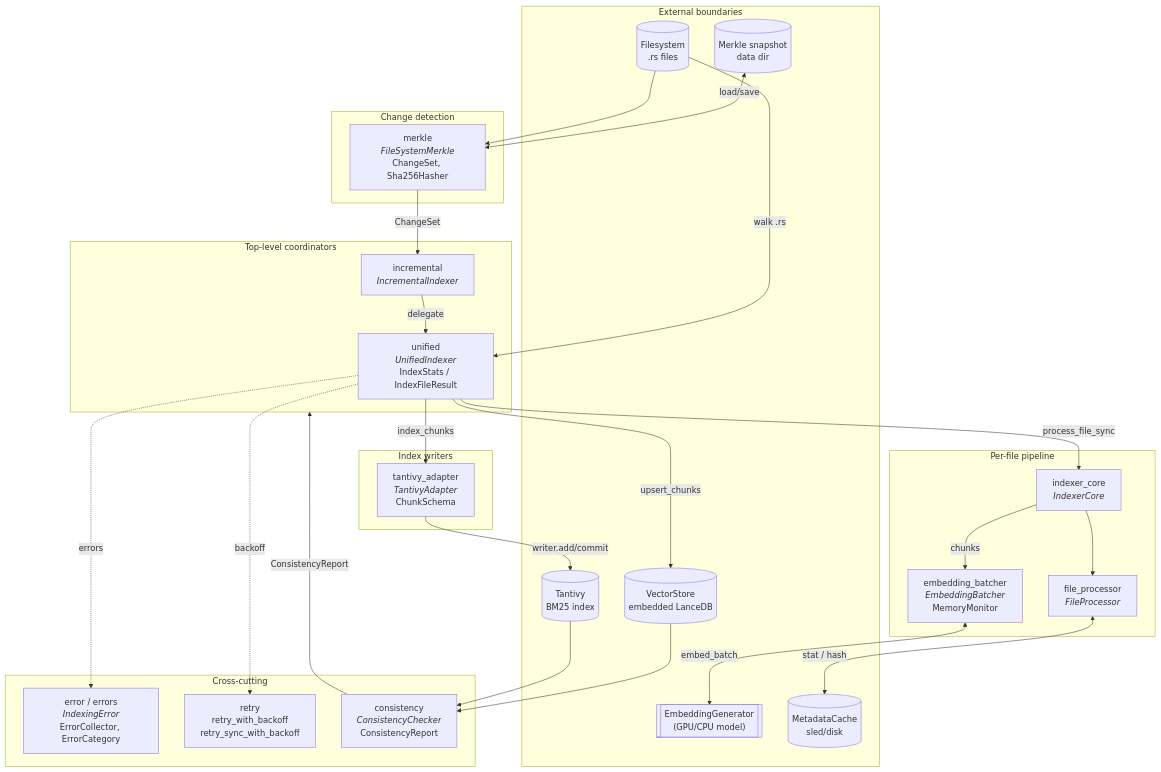
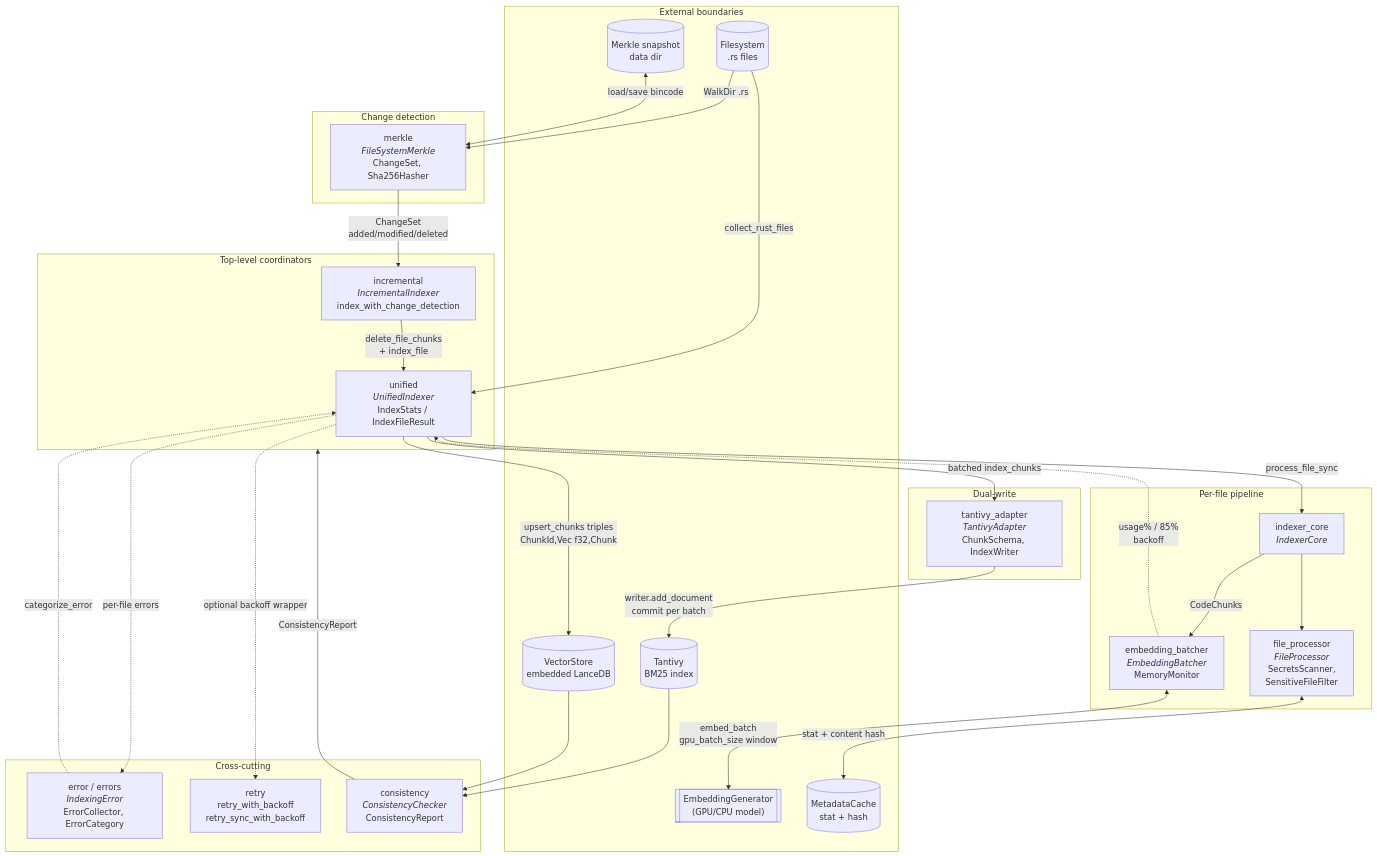
One commit to molaco/rust-code-mcp changed the diagram in .docs/architecture/indexing.md. Above: the diagram before and after it, drawn with Mermaid. The commit also changed other lines of this file and 18 other files, not shown here.

````diff
--- a/.docs/architecture/indexing.md
+++ b/.docs/architecture/indexing.md
@@ -9,58 +9,60 @@
 ```mermaid
 graph TD
     subgraph EXT["External boundaries"]
         FS[("Filesystem<br/>.rs files")]
         TANTIVY[("Tantivy<br/>BM25 index")]
         LANCEDB[("VectorStore<br/>embedded LanceDB")]
         SNAPSHOT[("Merkle snapshot<br/>data dir")]
         EMBEDDER[["EmbeddingGenerator<br/>(GPU/CPU model)"]]
-        CACHE[("MetadataCache<br/>sled/disk")]
+        CACHE[("MetadataCache<br/>stat + hash")]
     end
 
     subgraph TOP["Top-level coordinators"]
-        INC["incremental<br/><i>IncrementalIndexer</i>"]
+        INC["incremental<br/><i>IncrementalIndexer</i><br/>index_with_change_detection"]
         UNI["unified<br/><i>UnifiedIndexer</i><br/>IndexStats / IndexFileResult"]
-    end
-
-    subgraph CORE["Per-file pipeline"]
-        IC["indexer_core<br/><i>IndexerCore</i>"]
-        FP["file_processor<br/><i>FileProcessor</i>"]
-        EB["embedding_batcher<br/><i>EmbeddingBatcher</i><br/>MemoryMonitor"]
     end
 
     subgraph CHANGE["Change detection"]
         MK["merkle<br/><i>FileSystemMerkle</i><br/>ChangeSet, Sha256Hasher"]
     end
 
-    subgraph WRITE["Index writers"]
-        TA["tantivy_adapter<br/><i>TantivyAdapter</i><br/>ChunkSchema"]
+    subgraph CORE["Per-file pipeline"]
+        IC["indexer_core<br/><i>IndexerCore</i>"]
+        FP["file_processor<br/><i>FileProcessor</i><br/>SecretsScanner,<br/>SensitiveFileFilter"]
+        EB["embedding_batcher<br/><i>EmbeddingBatcher</i><br/>MemoryMonitor"]
+    end
+
+    subgraph WRITE["Dual-write"]
+        TA["tantivy_adapter<br/><i>TantivyAdapter</i><br/>ChunkSchema, IndexWriter"]
     end
 
     subgraph SUPPORT["Cross-cutting"]
         ERR["error / errors<br/><i>IndexingError</i><br/>ErrorCollector, ErrorCategory"]
         RT["retry<br/>retry_with_backoff<br/>retry_sync_with_backoff"]
         CC["consistency<br/><i>ConsistencyChecker</i><br/>ConsistencyReport"]
     end
 
-    FS --> MK
-    SNAPSHOT <-->|load/save| MK
-    MK -->|ChangeSet| INC
-    INC -->|delegate| UNI
+    FS -->|WalkDir .rs| MK
+    SNAPSHOT <-->|load/save bincode| MK
+    MK -->|ChangeSet<br/>added/modified/deleted| INC
+    INC -->|delete_file_chunks<br/>+ index_file| UNI
 
-    FS -->|walk .rs| UNI
+    FS -->|collect_rust_files| UNI
     UNI -->|process_file_sync| IC
     IC --> FP
-    FP <-->|stat / hash| CACHE
-    IC -->|chunks| EB
-    EB <-->|embed_batch| EMBEDDER
+    FP <-->|stat + content hash| CACHE
+    IC -->|CodeChunks| EB
+    EB <-->|embed_batch<br/>gpu_batch_size window| EMBEDDER
+    EB -.->|usage% / 85%<br/>backoff| UNI
 
-    UNI -->|index_chunks| TA
-    TA -->|writer.add/commit| TANTIVY
-    UNI -->|upsert_chunks| LANCEDB
+    UNI -->|batched index_chunks| TA
+    TA -->|writer.add_document<br/>commit per batch| TANTIVY
+    UNI -->|upsert_chunks triples<br/>ChunkId,Vec f32,Chunk| LANCEDB
 
-    UNI -.->|errors| ERR
-    UNI -.->|backoff| RT
+    UNI -.->|per-file errors| ERR
+    ERR -.->|categorize_error| UNI
+    UNI -.->|optional backoff wrapper| RT
     TANTIVY --> CC
     LANCEDB --> CC
     CC -->|ConsistencyReport| TOP
 ```
````
